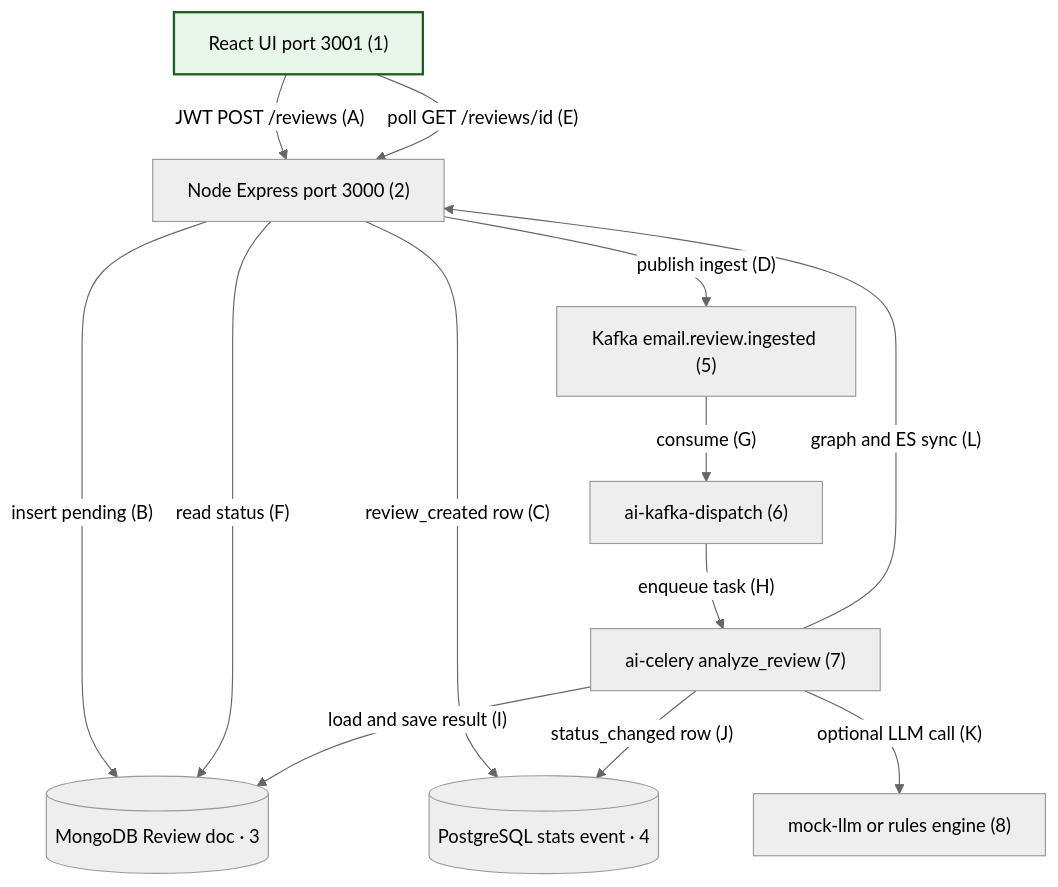
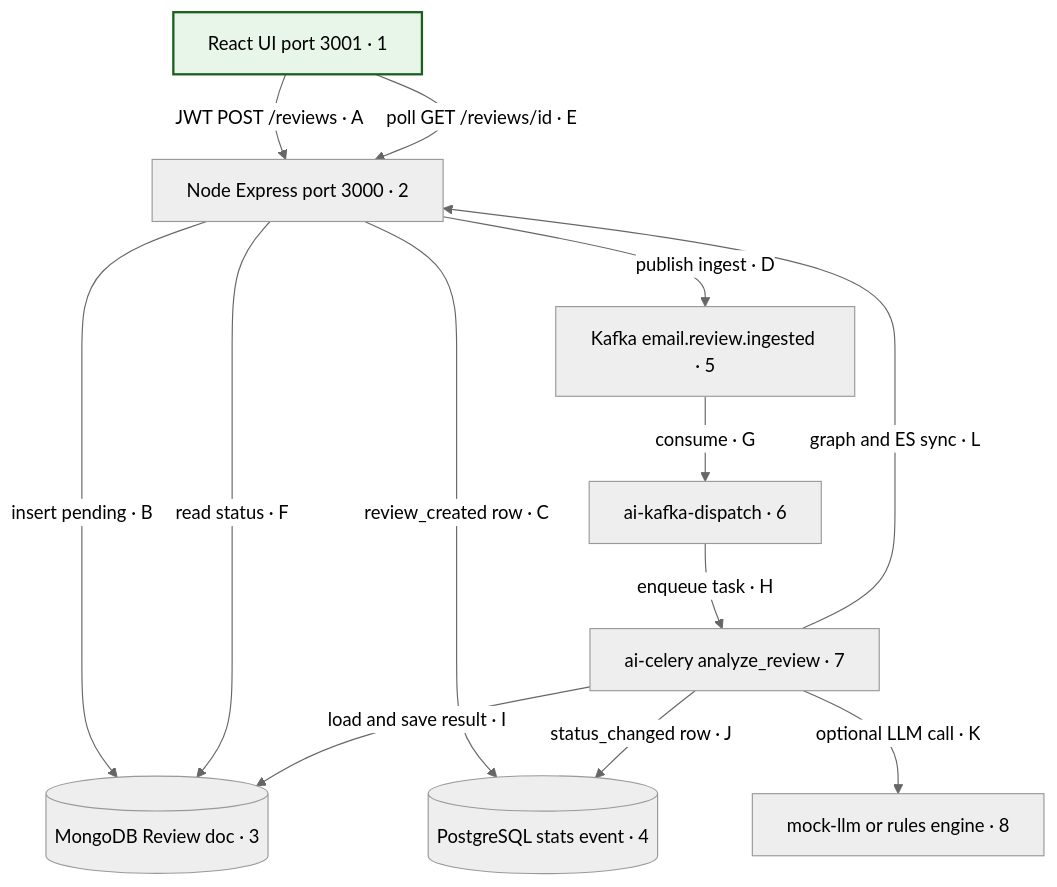
The second of 9 diagrams in docs/arch_guide_system_flowchart.md (OferElboher/suspicious-email-triage), drawn with Mermaid (neutral theme) before and after one commit. The commit also changed other lines of this file and 18 other files, not shown here.

First line of the commit message:
Align flowchart Mermaid syntax with comprehensive guide arrowheads.

````diff
--- a/docs/arch_guide_system_flowchart.md
+++ b/docs/arch_guide_system_flowchart.md
@@ -206,28 +206,28 @@
 ```mermaid
 flowchart TB
   classDef flowEntry fill:#e8f5e9,stroke:#1b5e20,stroke-width:2px
 
-  UI["React UI port 3001 (1)"]
-  API["Node Express port 3000 (2)"]
-  M[("MongoDB Review doc · 3")]
-  P[("PostgreSQL stats event · 4")]
-  K["Kafka email.review.ingested (5)"]
-  D["ai-kafka-dispatch (6)"]
-  W["ai-celery analyze_review (7)"]
-  LLM["mock-llm or rules engine (8)"]
+  UI["React UI port 3001 · 1"]
+  API["Node Express port 3000 · 2"]
+  M[(MongoDB Review doc · 3)]
+  P[(PostgreSQL stats event · 4)]
+  K["Kafka email.review.ingested · 5"]
+  D["ai-kafka-dispatch · 6"]
+  W["ai-celery analyze_review · 7"]
+  LLM["mock-llm or rules engine · 8"]
 
-  UI -->|"JWT POST /reviews (A)"| API
-  API -->|"insert pending (B)"| M
-  API -->|"review_created row (C)"| P
-  API -->|"publish ingest (D)"| K
-  UI -->|"poll GET /reviews/id (E)"| API
-  API -->|"read status (F)"| M
-  K -->|"consume (G)"| D
-  D -->|"enqueue task (H)"| W
-  W -->|"load and save result (I)"| M
-  W -->|"status_changed row (J)"| P
-  W -->|"optional LLM call (K)"| LLM
-  W -->|"graph and ES sync (L)"| API
+  UI -->|JWT POST /reviews · A| API
+  API -->|insert pending · B| M
+  API -->|review_created row · C| P
+  API -->|publish ingest · D| K
+  UI -->|poll GET /reviews/id · E| API
+  API -->|read status · F| M
+  K -->|consume · G| D
+  D -->|enqueue task · H| W
+  W -->|load and save result · I| M
+  W -->|status_changed row · J| P
+  W -->|optional LLM call · K| LLM
+  W -->|graph and ES sync · L| API
 
   class UI flowEntry
 ```
````
